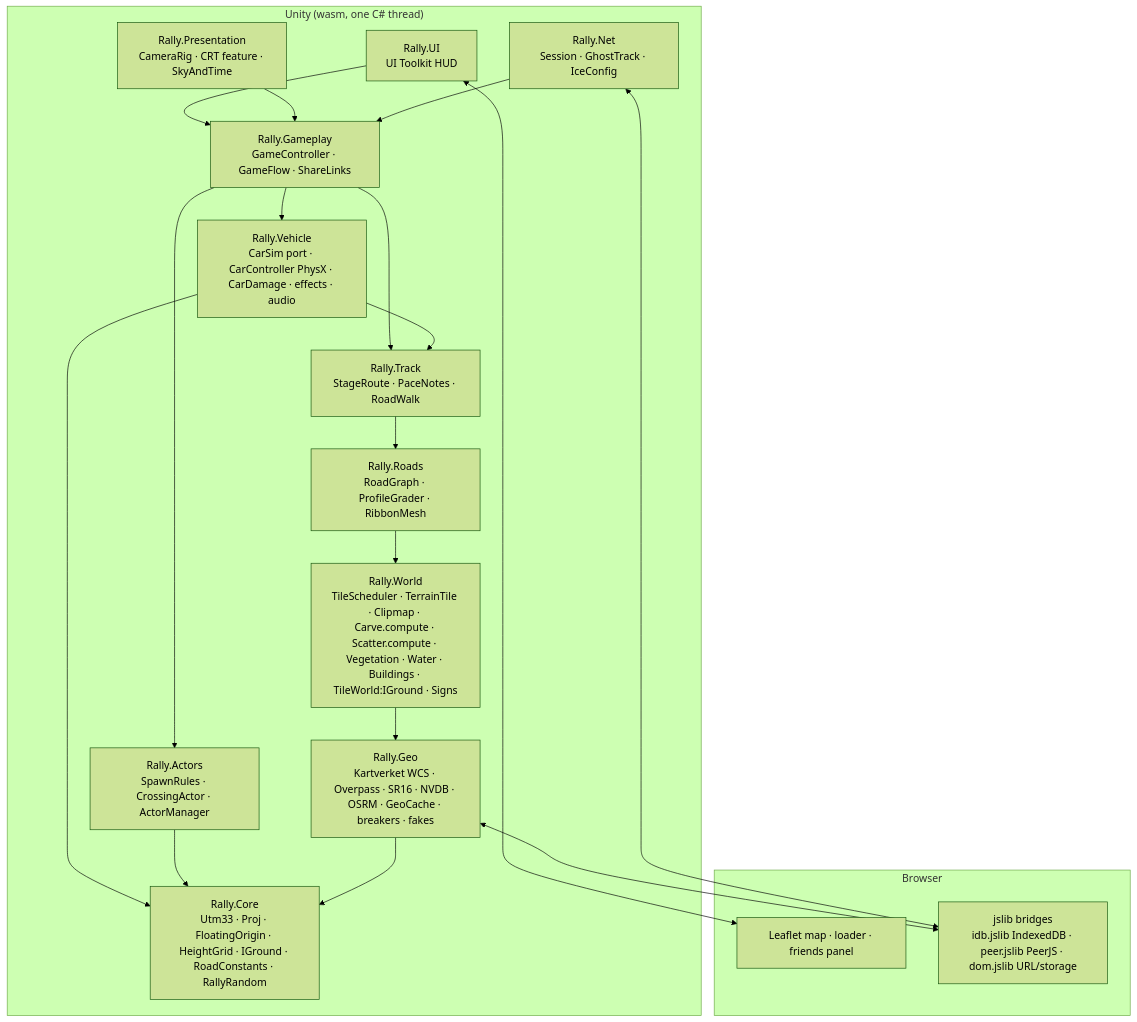
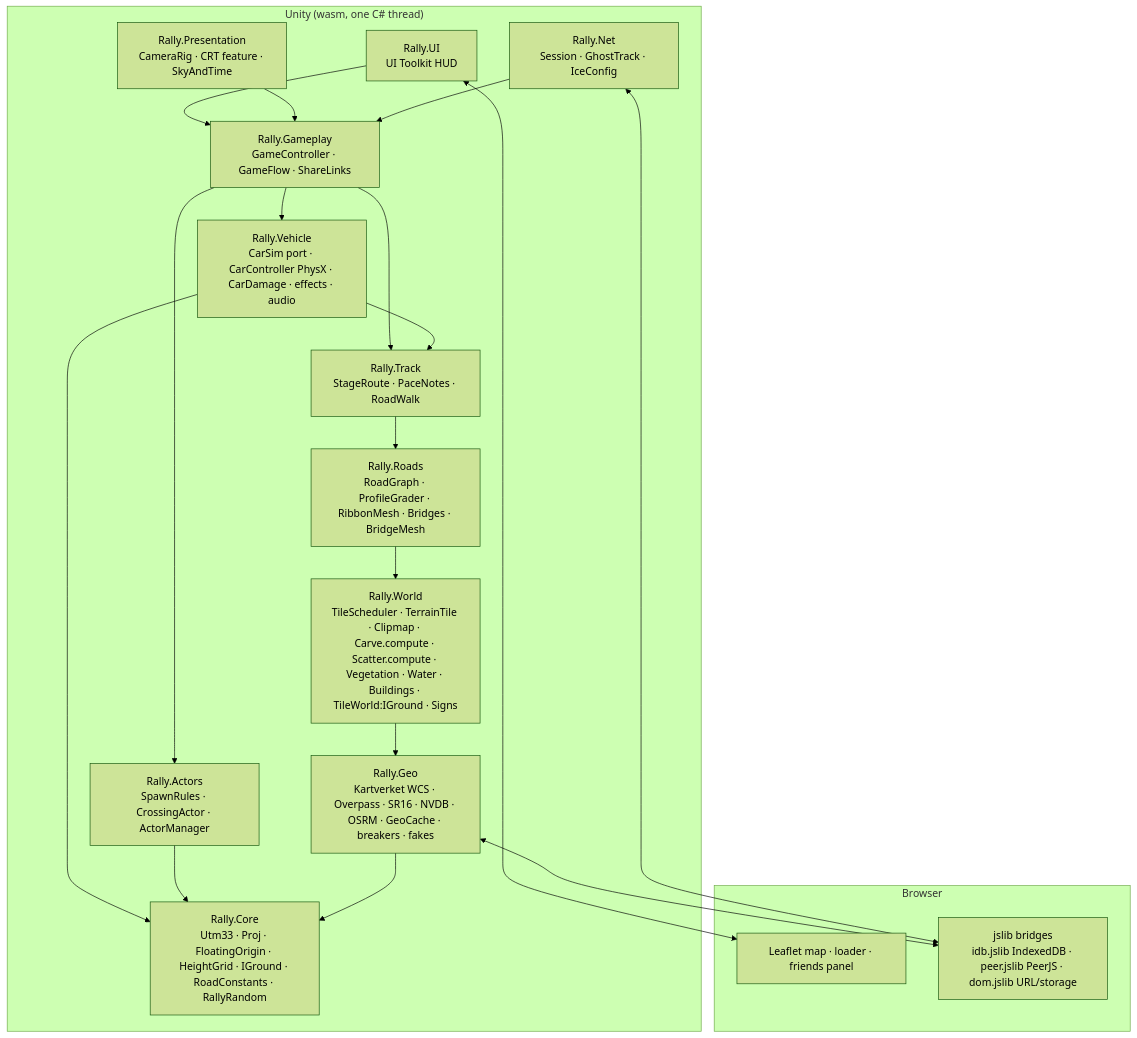
One commit to FlipTMoan/norwayralley changed the fifth of 7 diagrams in ARCHITECTURE.md. Above: the diagram before and after it, drawn with Mermaid (forest theme). The commit also changed other lines of this file and 24 other files, not shown here.

First line of the commit message:
Unity: bridges where roads cross water; quay roads no longer drawn under the sea

````diff
--- a/ARCHITECTURE.md
+++ b/ARCHITECTURE.md
@@ -170,25 +170,25 @@
 ```mermaid
 flowchart TB
   subgraph Browser
     DOM[Leaflet map · loader · friends panel]
     JS[jslib bridges<br/>idb.jslib IndexedDB · peer.jslib PeerJS · dom.jslib URL/storage]
   end
   subgraph Unity["Unity (wasm, one C# thread)"]
     UI[Rally.UI<br/>UI Toolkit HUD] --> GP[Rally.Gameplay<br/>GameController · GameFlow · ShareLinks]
     PR[Rally.Presentation<br/>CameraRig · CRT feature · SkyAndTime] --> GP
     NET[Rally.Net<br/>Session · GhostTrack · IceConfig] --> GP
     GP --> VH[Rally.Vehicle<br/>CarSim port · CarController PhysX · CarDamage · effects · audio]
     GP --> AC[Rally.Actors<br/>SpawnRules · CrossingActor · ActorManager]
     GP --> TR[Rally.Track<br/>StageRoute · PaceNotes · RoadWalk]
     VH --> TR
-    TR --> RD[Rally.Roads<br/>RoadGraph · ProfileGrader · RibbonMesh]
+    TR --> RD[Rally.Roads<br/>RoadGraph · ProfileGrader · RibbonMesh · Bridges · BridgeMesh]
     RD --> WD[Rally.World<br/>TileScheduler · TerrainTile · Clipmap · Carve.compute · Scatter.compute · Vegetation · Water · Buildings · TileWorld:IGround · Signs]
     VH --> CORE
     AC --> CORE
     WD --> GEO[Rally.Geo<br/>Kartverket WCS · Overpass · SR16 · NVDB · OSRM · GeoCache · breakers · fakes]
     GEO --> CORE[Rally.Core<br/>Utm33 · Proj · FloatingOrigin · HeightGrid · IGround · RoadConstants · RallyRandom]
   end
   GEO <--> JS
   NET <--> JS
   UI <--> DOM
 ```
````
